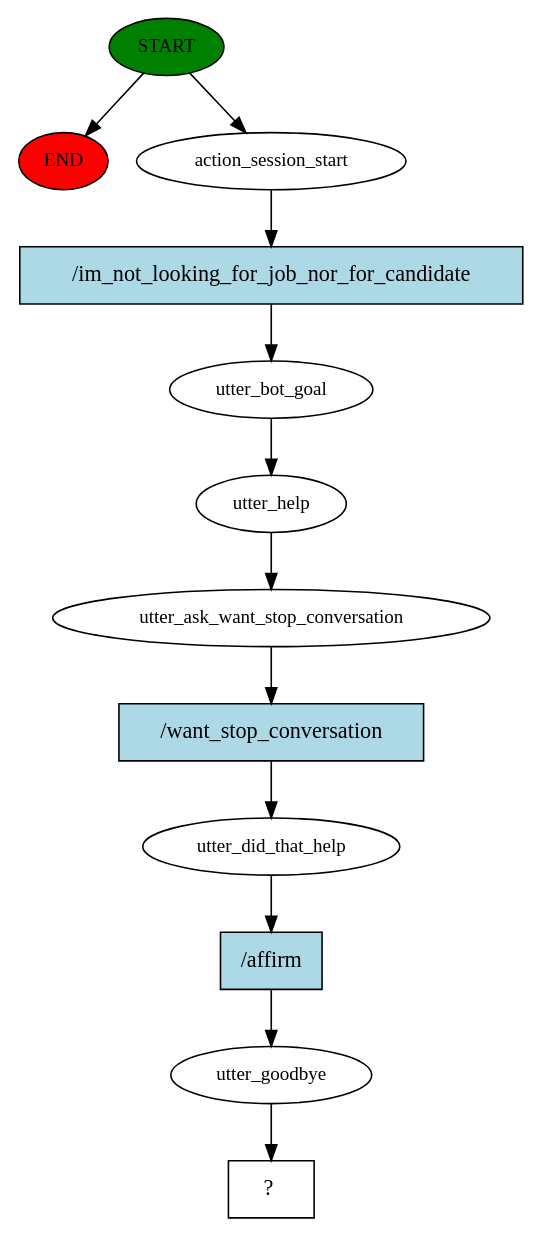
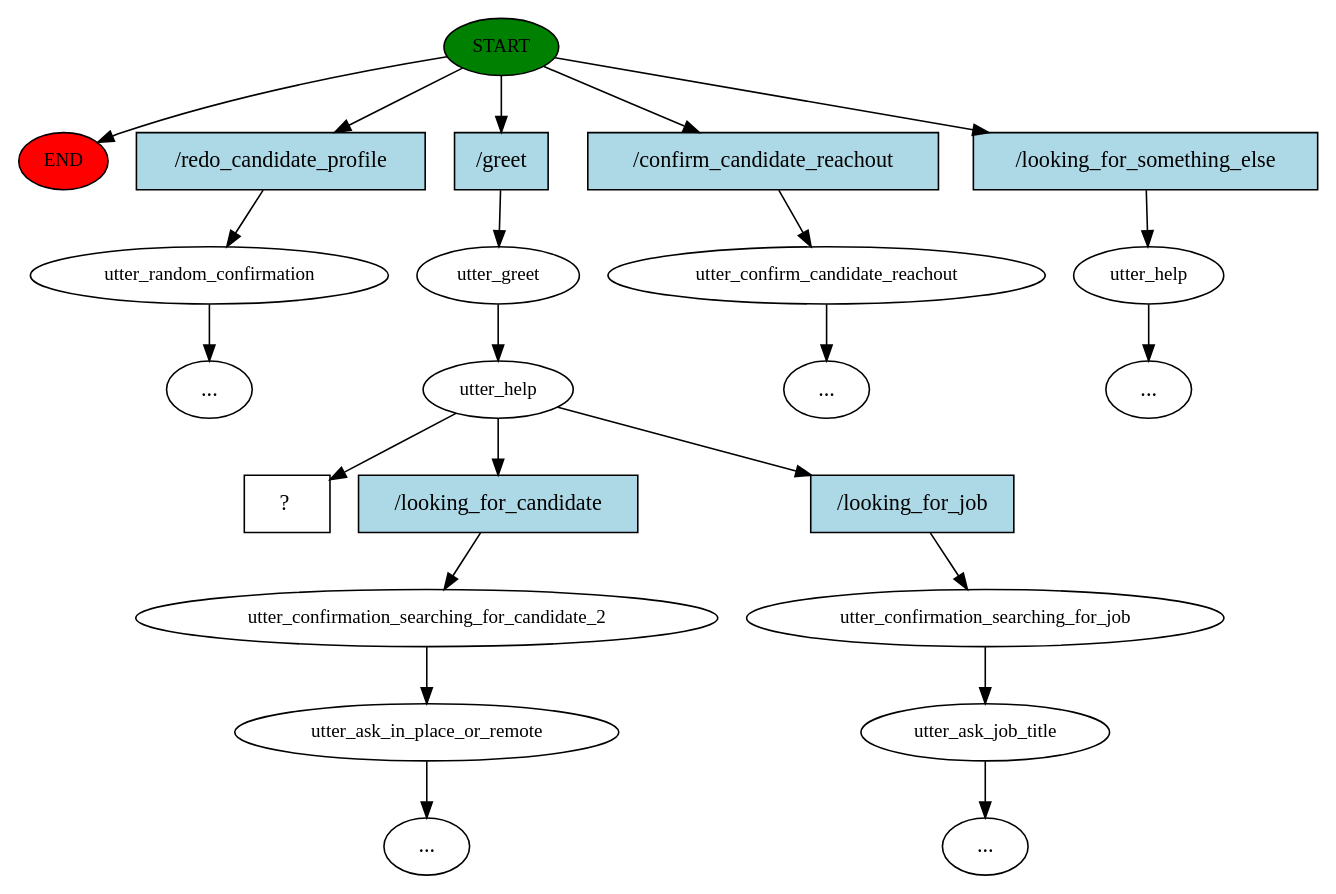
One commit to r1cc4r2o/Jobify changed the diagram in src/story_graph.dot. Above: the diagram before and after it, drawn with Graphviz. The commit also changed 6 other files, not shown here.

```diff
--- a/src/story_graph.dot
+++ b/src/story_graph.dot
@@ -1,25 +1,47 @@
 digraph  {
 0 [class="start active", fillcolor=green, fontsize=12, label=START, style=filled];
 "-1" [class=end, fillcolor=red, fontsize=12, label=END, style=filled];
-1 [class=active, fontsize=12, label=action_session_start];
-2 [class=active, fontsize=12, label=utter_bot_goal];
+1 [class="", fontsize=12, label=utter_random_confirmation];
+2 [class=active, fontsize=12, label=utter_greet];
 3 [class=active, fontsize=12, label=utter_help];
-4 [class=active, fontsize=12, label=utter_ask_want_stop_conversation];
-5 [class=active, fontsize=12, label=utter_did_that_help];
-6 [class=active, fontsize=12, label=utter_goodbye];
-7 [class="intent dashed active", label="  ?  ", shape=rect];
-8 [class="intent active", fillcolor=lightblue, label="/im_not_looking_for_job_nor_for_candidate", shape=rect, style=filled];
-9 [class="intent active", fillcolor=lightblue, label="/want_stop_conversation", shape=rect, style=filled];
-10 [class="intent active", fillcolor=lightblue, label="/affirm", shape=rect, style=filled];
+4 [class="", fontsize=12, label=utter_confirmation_searching_for_candidate_2];
+5 [class="", fontsize=12, label=utter_ask_in_place_or_remote];
+10 [class="", fontsize=12, label=utter_confirm_candidate_reachout];
+"-7" [class=ellipsis, label="..."];
+"-9" [class=ellipsis, label="..."];
+14 [class="", fontsize=12, label=utter_help];
+"-11" [class=ellipsis, label="..."];
+"-13" [class=ellipsis, label="..."];
+26 [class="", fontsize=12, label=utter_confirmation_searching_for_job];
+27 [class="", fontsize=12, label=utter_ask_job_title];
+"-14" [class=ellipsis, label="..."];
+30 [class="intent dashed active", label="  ?  ", shape=rect];
+31 [class=intent, fillcolor=lightblue, label="/redo_candidate_profile", shape=rect, style=filled];
+32 [class="intent active", fillcolor=lightblue, label="/greet", shape=rect, style=filled];
+33 [class=intent, fillcolor=lightblue, label="/confirm_candidate_reachout", shape=rect, style=filled];
+34 [class=intent, fillcolor=lightblue, label="/looking_for_something_else", shape=rect, style=filled];
+35 [class=intent, fillcolor=lightblue, label="/looking_for_candidate", shape=rect, style=filled];
+36 [class=intent, fillcolor=lightblue, label="/looking_for_job", shape=rect, style=filled];
 0 -> "-1"  [class="", key=NONE, label=""];
-0 -> 1  [class=active, key=NONE, label=""];
-1 -> 8  [class=active, key=0];
+0 -> 31  [class="", key=0];
+0 -> 32  [class=active, key=0];
+0 -> 33  [class="", key=0];
+0 -> 34  [class="", key=0];
+1 -> "-9"  [class="", key=NONE, label=""];
 2 -> 3  [class=active, key=NONE, label=""];
-3 -> 4  [class=active, key=NONE, label=""];
-4 -> 9  [class=active, key=0];
-5 -> 10  [class=active, key=0];
-6 -> 7  [class=active, key=NONE, label=""];
-8 -> 2  [class=active, key=0];
-9 -> 5  [class=active, key=0];
-10 -> 6  [class=active, key=0];
+3 -> 30  [class=active, key=NONE, label=""];
+3 -> 35  [class="", key=0];
+3 -> 36  [class="", key=0];
+4 -> 5  [class="", key=NONE, label=""];
+5 -> "-13"  [class="", key=NONE, label=""];
+10 -> "-7"  [class="", key=NONE, label=""];
+14 -> "-11"  [class="", key=NONE, label=""];
+26 -> 27  [class="", key=NONE, label=""];
+27 -> "-14"  [class="", key=NONE, label=""];
+31 -> 1  [class="", key=0];
+32 -> 2  [class=active, key=0];
+33 -> 10  [class="", key=0];
+34 -> 14  [class="", key=0];
+35 -> 4  [class="", key=0];
+36 -> 26  [class="", key=0];
 }
```
